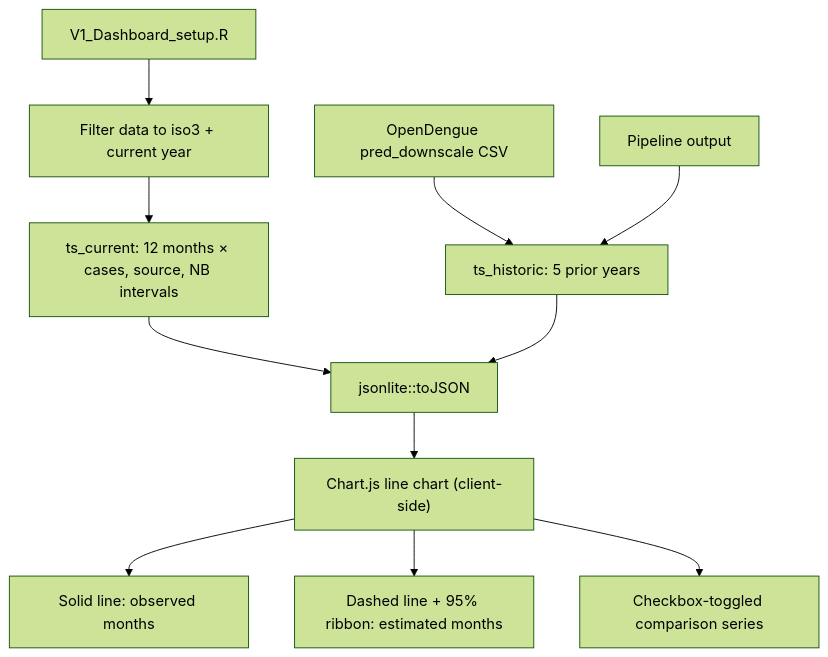
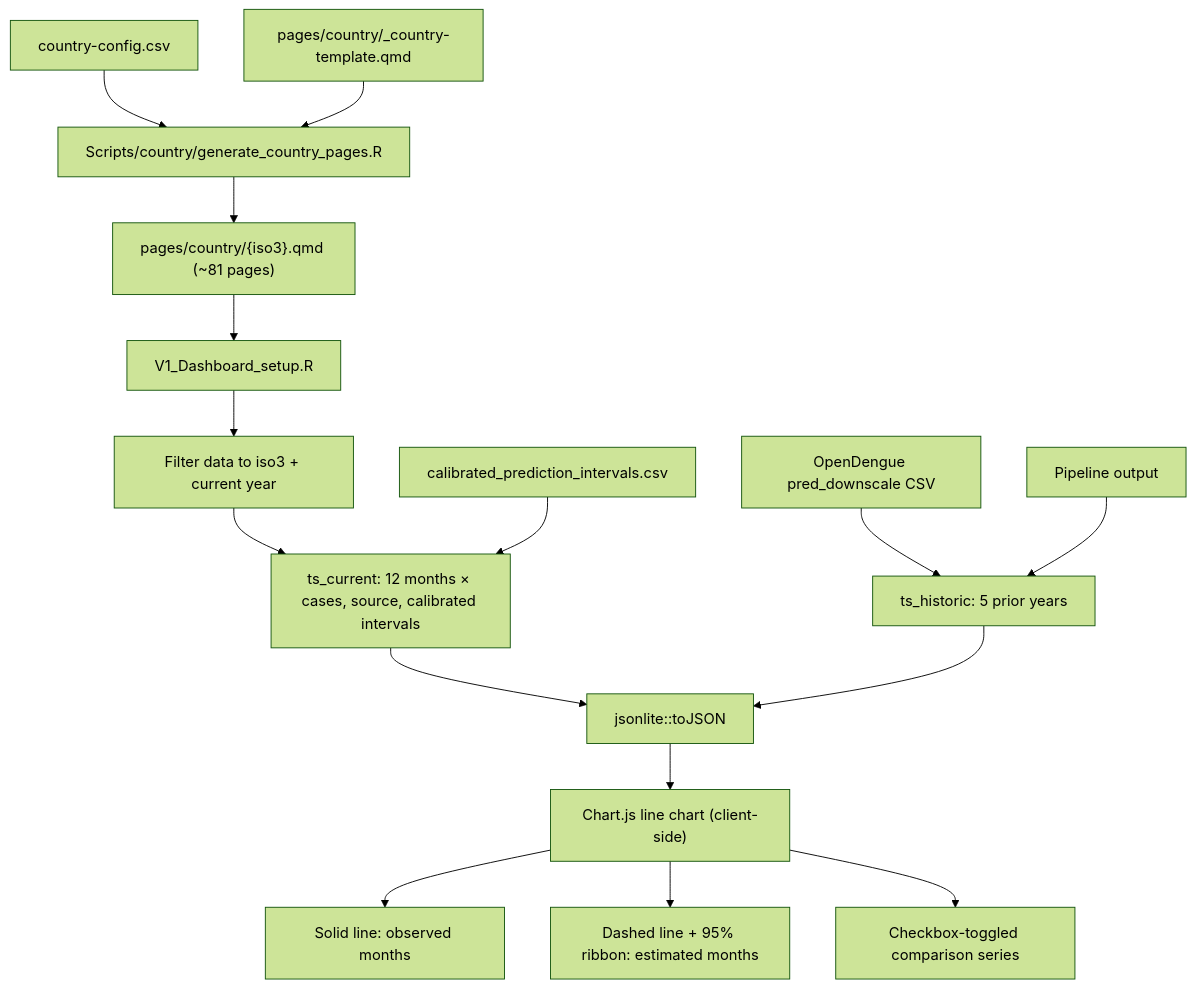
Before and after one commit to DengueGlobalObservatory/DENV_global_observatory: diagram 19 of 19 in observatory_methods_report.md, drawn with Mermaid (forest theme). The commit also changed other lines of this file, not shown here.

````diff
--- a/observatory_methods_report.md
+++ b/observatory_methods_report.md
@@ -601,13 +604,18 @@
 ``` mermaid
 flowchart TB
+  Config["country-config.csv"] --> Generator["Scripts/country/generate_country_pages.R"]
+  Template["pages/country/_country-template.qmd"] --> Generator
+  Generator --> Pages["pages/country/{iso3}.qmd (~81 pages)"]
   Setup[V1_Dashboard_setup.R] --> CountryDF["Filter data to iso3 + current year"]
-  CountryDF --> TsCurrent["ts_current: 12 months × cases, source, NB intervals"]
+  CountryDF --> TsCurrent["ts_current: 12 months × cases, source, calibrated intervals"]
+  Calibrated["calibrated_prediction_intervals.csv"] --> TsCurrent
   OD[OpenDengue pred_downscale CSV] --> TsHistoric["ts_historic: 5 prior years"]
   Pipeline[Pipeline output] --> TsHistoric
   TsCurrent --> JSON["jsonlite::toJSON"]
   TsHistoric --> JSON
   JSON --> ChartJS["Chart.js line chart (client-side)"]
   ChartJS --> Observed["Solid line: observed months"]
   ChartJS --> Estimated["Dashed line + 95% ribbon: estimated months"]
   ChartJS --> Compare["Checkbox-toggled comparison series"]
+  Pages --> Setup
 ```
````
